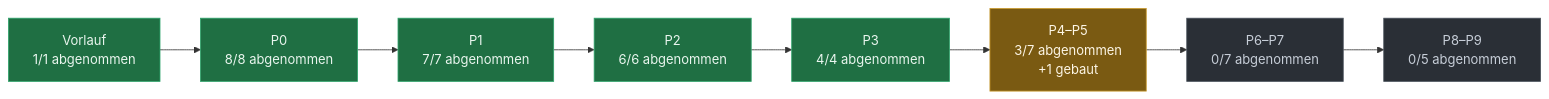
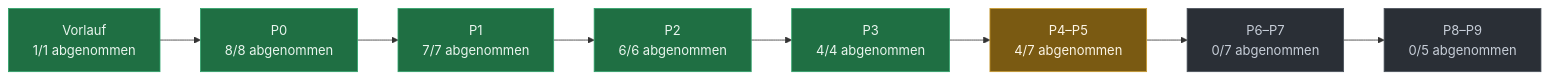
One commit to evenacadia-tech/Nakama changed the diagram in docs/PLAN-STAND.md. Above: the diagram before and after it, drawn with Mermaid. The commit also changed other lines of this file, not shown here.

````diff
--- a/docs/PLAN-STAND.md
+++ b/docs/PLAN-STAND.md
@@ -35,21 +35,21 @@
 ```mermaid
 flowchart LR
   P0["Vorlauf<br/>1/1 abgenommen"]:::fertig
   P1["P0<br/>8/8 abgenommen"]:::fertig
   P0 --> P1
   P2["P1<br/>7/7 abgenommen"]:::fertig
   P1 --> P2
   P3["P2<br/>6/6 abgenommen"]:::fertig
   P2 --> P3
   P4["P3<br/>4/4 abgenommen"]:::fertig
   P3 --> P4
-  P5["P4–P5<br/>3/7 abgenommen<br/>+1 gebaut"]:::laeuft
+  P5["P4–P5<br/>4/7 abgenommen"]:::laeuft
   P4 --> P5
   P6["P6–P7<br/>0/7 abgenommen"]:::offen
   P5 --> P6
   P7["P8–P9<br/>0/5 abgenommen"]:::offen
   P6 --> P7
   classDef fertig fill:#1f6f43,stroke:#2ea36a,color:#eaf6ef
   classDef laeuft fill:#7a5a12,stroke:#c99a2e,color:#fdf6e6
   classDef offen  fill:#2a2f36,stroke:#4a525c,color:#c7ced8
 ```
````
